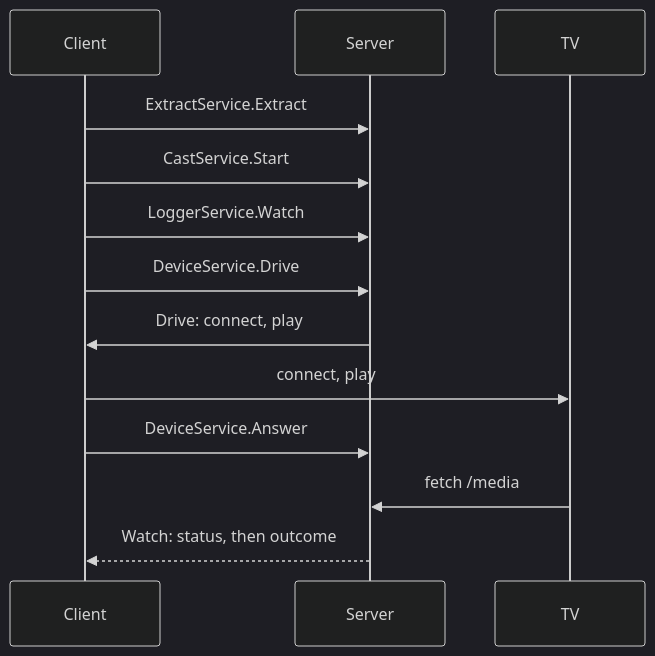
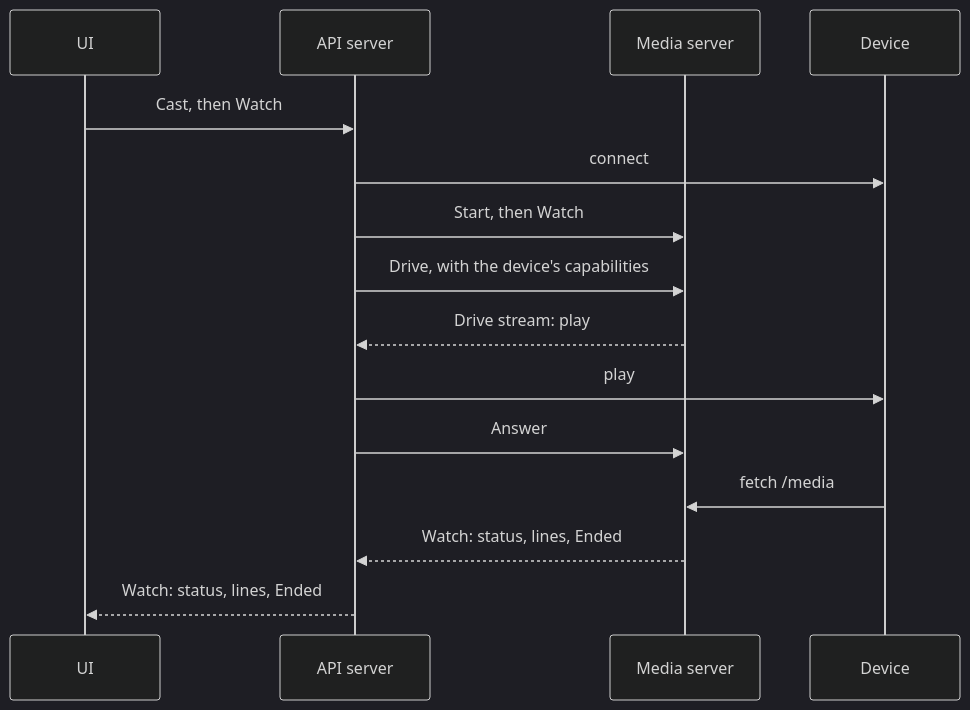
One commit to birhantprkc/castor changed the second of 3 diagrams in ARCHITECTURE.md. Above: the diagram before and after it, drawn with Mermaid (dark theme). The commit also changed other lines of this file and 3 other files, not shown here.

First line of the commit message:
docs: rewrite ARCHITECTURE.md around tiers, topologies and boundaries

````diff
--- a/ARCHITECTURE.md
+++ b/ARCHITECTURE.md
@@ -61,15 +74,17 @@
 ```mermaid
 sequenceDiagram
-    participant C as Client
-    participant S as Server
-    participant TV
-    C->>S: ExtractService.Extract
-    C->>S: CastService.Start
-    C->>S: LoggerService.Watch
-    C->>S: DeviceService.Drive
-    S->>C: Drive: connect, play
-    C->>TV: connect, play
-    C->>S: DeviceService.Answer
-    TV->>S: fetch /media
-    S-->>C: Watch: status, then outcome
+    participant U as UI
+    participant A as API server
+    participant M as Media server
+    participant D as Device
+    U->>A: Cast, then Watch
+    A->>D: connect
+    A->>M: Start, then Watch
+    A->>M: Drive, with the device's capabilities
+    M-->>A: Drive stream: play
+    A->>D: play
+    A->>M: Answer
+    D->>M: fetch /media
+    M-->>A: Watch: status, lines, Ended
+    A-->>U: Watch: status, lines, Ended
 ```
````
